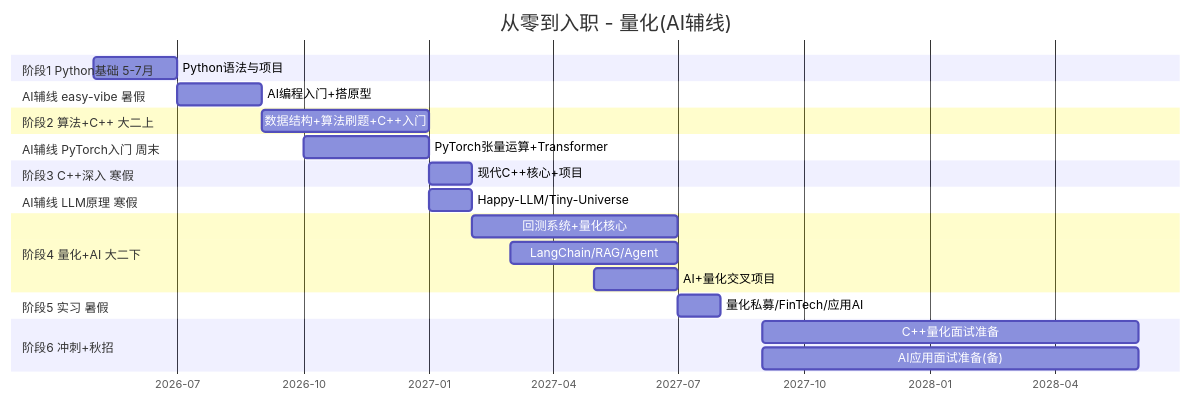
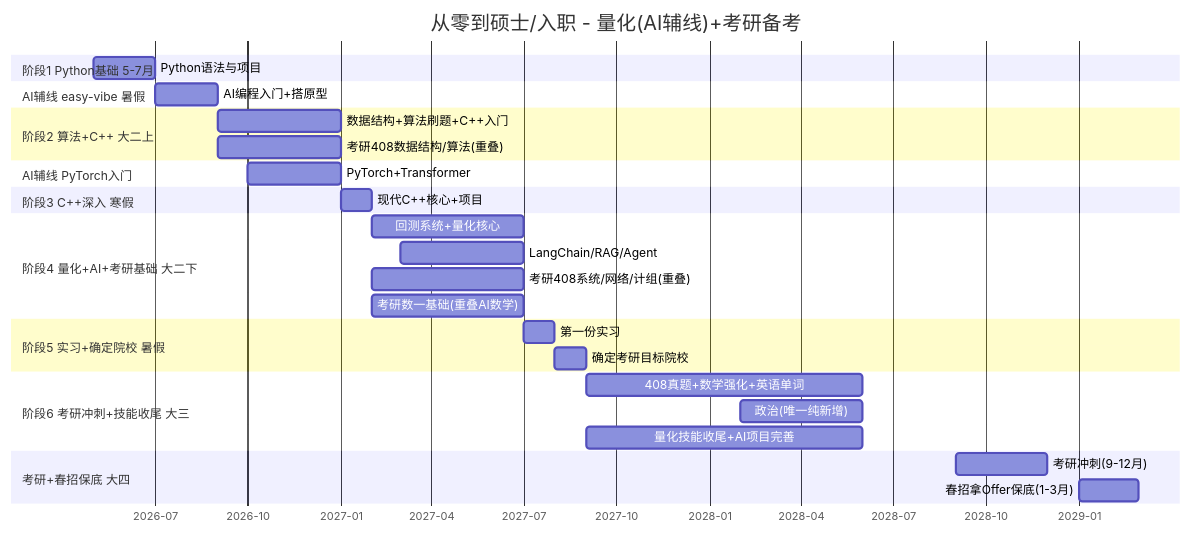
Before and after one commit to radiumno/study_plan: the first of 2 diagrams in resources/主脉络.md, drawn with Mermaid. The commit also changed other lines of this file and 1 other file, not shown here.

Commit message:
主脉络更新: 加入考研备考轨(与技能学习重叠)
- 主脉络标题/时间线/阶段目标加入考研备考轨
- 408/数一/英一与量化AI技能高度重叠,不额外占时间
- CLAUDE.md加入决策逻辑:考研优先,实习保底,不冲突

````diff
--- a/resources/主脉络.md
+++ b/resources/主脉络.md
@@ -175,36 +177,41 @@
 ```mermaid
 gantt
-    title 从零到入职 - 量化(AI辅线)
+    title 从零到硕士/入职 - 量化(AI辅线)+考研备考
     dateFormat  YYYY-MM
     axisFormat  %Y-%m
 
     section 阶段1 Python基础 5-7月
     Python语法与项目          :2026-05, 2026-07
 
     section AI辅线 easy-vibe 暑假
     AI编程入门+搭原型         :2026-07, 2026-09
 
     section 阶段2 算法+C++ 大二上
     数据结构+算法刷题+C++入门  :2026-09, 2027-01
+    考研408数据结构/算法(重叠) :2026-09, 2027-01
 
-    section AI辅线 PyTorch入门 周末
-    PyTorch张量运算+Transformer   :2026-10, 2027-01
+    section AI辅线 PyTorch入门
+    PyTorch+Transformer       :2026-10, 2027-01
 
     section 阶段3 C++深入 寒假
     现代C++核心+项目           :2027-01, 2027-02
 
-    section AI辅线 LLM原理 寒假
-    Happy-LLM/Tiny-Universe   :2027-01, 2027-02
-
-    section 阶段4 量化+AI 大二下
+    section 阶段4 量化+AI+考研基础 大二下
     回测系统+量化核心          :2027-02, 2027-07
     LangChain/RAG/Agent       :2027-03, 2027-07
-    AI+量化交叉项目            :2027-05, 2027-07
+    考研408系统/网络/计组(重叠):2027-02, 2027-07
+    考研数一基础(重叠AI数学)   :2027-02, 2027-07
 
-    section 阶段5 实习 暑假
-    量化私募/FinTech/应用AI    :2027-07, 2027-08
+    section 阶段5 实习+确定院校 暑假
+    第一份实习                :2027-07, 2027-08
+    确定考研目标院校           :2027-08, 2027-09
 
-    section 阶段6 冲刺+秋招
-    C++量化面试准备            :2027-09, 2028-06
-    AI应用面试准备(备)          :2027-09, 2028-06
+    section 阶段6 考研冲刺+技能收尾 大三
+    408真题+数学强化+英语单词  :2027-09, 2028-06
+    政治(唯一纯新增)           :2028-02, 2028-06
+    量化技能收尾+AI项目完善    :2027-09, 2028-06
+
+    section 考研+春招保底 大四
+    考研冲刺(9-12月)          :2028-09, 2028-12
+    春招拿Offer保底(1-3月)    :2029-01, 2029-03
 ```
````
